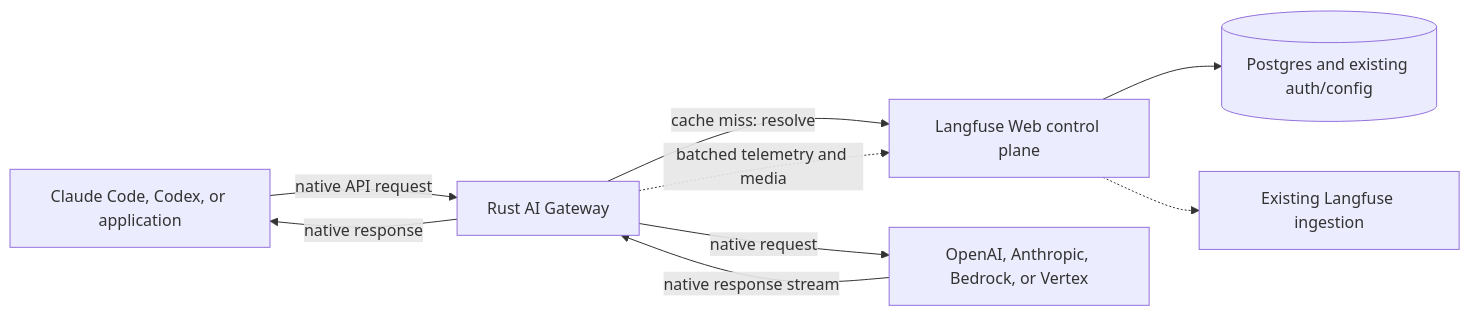
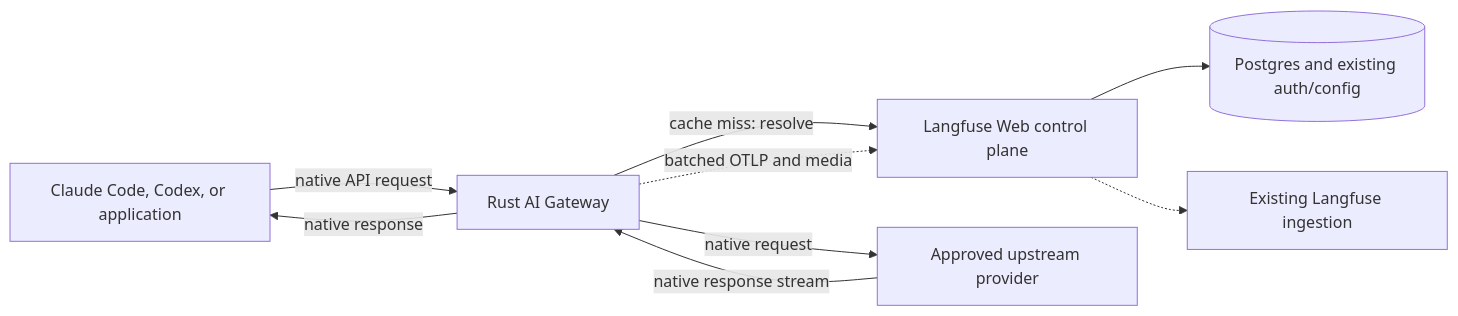
One commit to langfuse/langfuse changed the first of 2 diagrams in specs/llm-gateway-rfc.md. Above: the diagram before and after it, drawn with Mermaid. The commit also changed other lines of this file, not shown here.

````diff
--- a/specs/llm-gateway-rfc.md
+++ b/specs/llm-gateway-rfc.md
@@ -74,11 +63,11 @@
 ```mermaid
 flowchart LR
     C["Claude Code, Codex, or application"] -->|"native API request"| G["Rust AI Gateway"]
     G -->|"cache miss: resolve"| W["Langfuse Web control plane"]
     W --> P[("Postgres and existing auth/config")]
-    G -->|"native request"| O["OpenAI, Anthropic, Bedrock, or Vertex"]
+    G -->|"native request"| O["Approved upstream provider"]
     O -->|"native response stream"| G
     G -->|"native response"| C
-    G -.->|"batched telemetry and media"| W
+    G -.->|"batched OTLP and media"| W
     W -.-> I["Existing Langfuse ingestion"]
 ```
````
